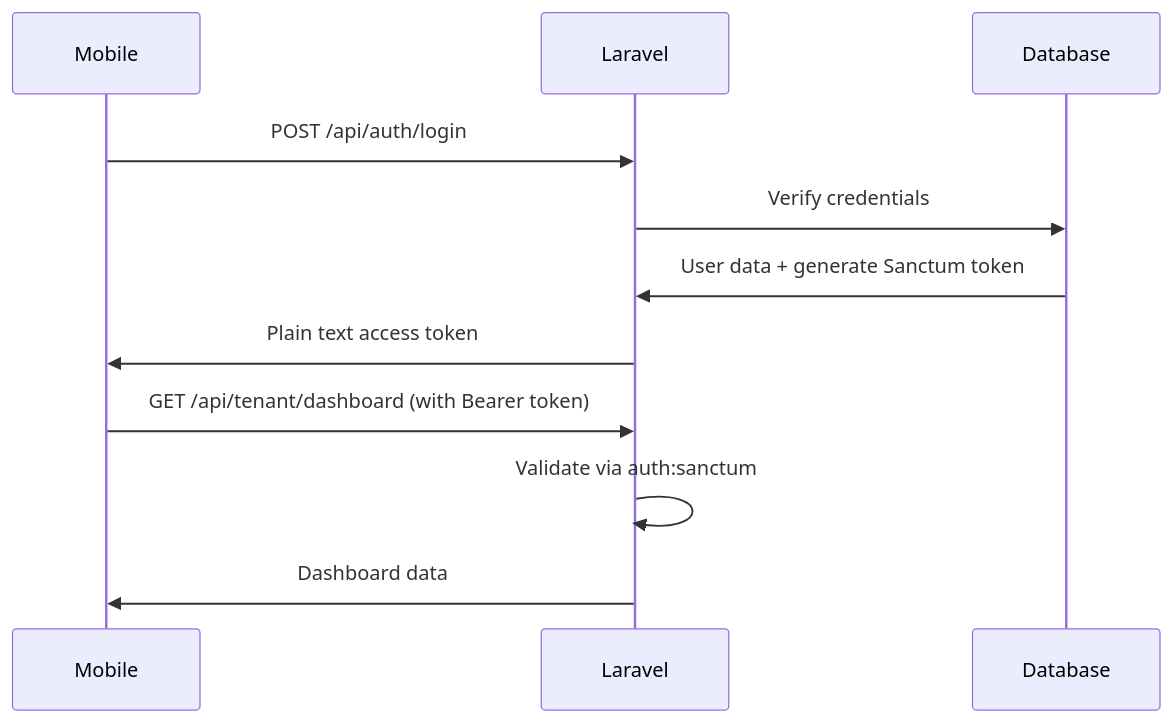
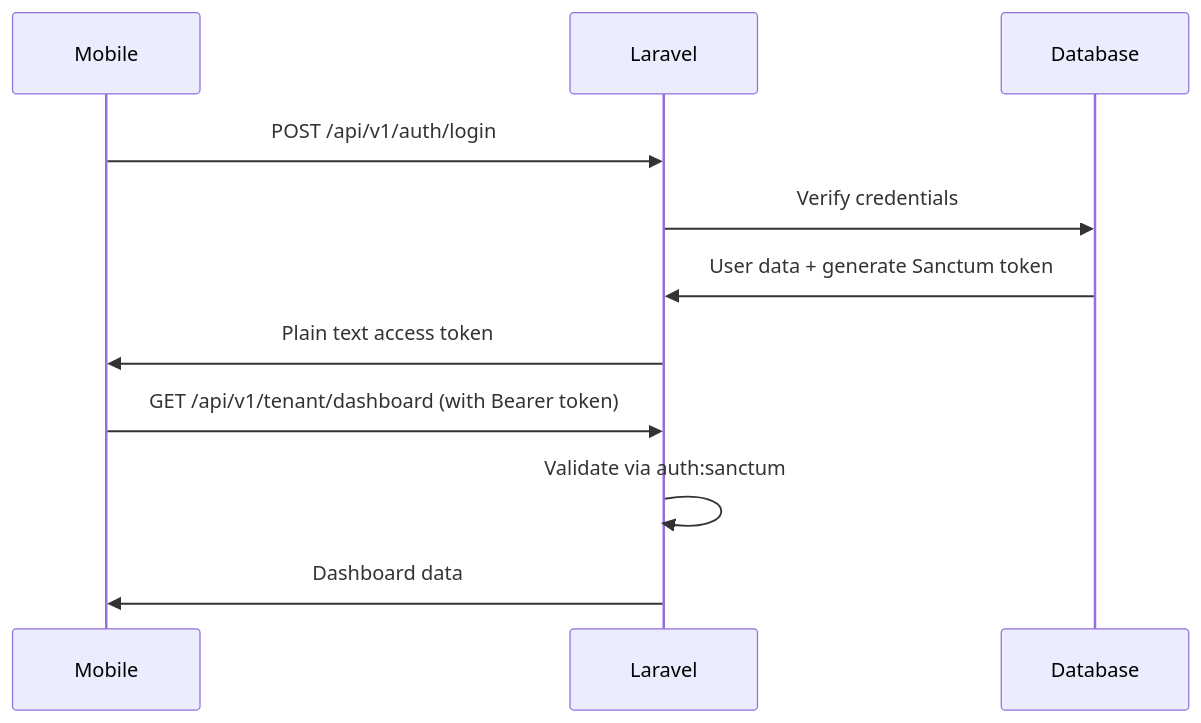
One commit to luisosena/estate changed the third of 4 diagrams in docs/projectsummary/PROJECT_ARCHITECTURE.md. Above: the diagram before and after it, drawn with Mermaid. The commit also changed other lines of this file and 5 other files, not shown here.

````diff
--- a/docs/projectsummary/PROJECT_ARCHITECTURE.md
+++ b/docs/projectsummary/PROJECT_ARCHITECTURE.md
@@ -365,15 +369,15 @@
 ```mermaid
 sequenceDiagram
     participant Mobile
     participant Laravel
     participant Database
     
-    Mobile->>Laravel: POST /api/auth/login
+    Mobile->>Laravel: POST /api/v1/auth/login
     Laravel->>Database: Verify credentials
     Database->>Laravel: User data + generate Sanctum token
     Laravel->>Mobile: Plain text access token
     
-    Mobile->>Laravel: GET /api/tenant/dashboard (with Bearer token)
+    Mobile->>Laravel: GET /api/v1/tenant/dashboard (with Bearer token)
     Laravel->>Laravel: Validate via auth:sanctum
     Laravel->>Mobile: Dashboard data
 ```
````
